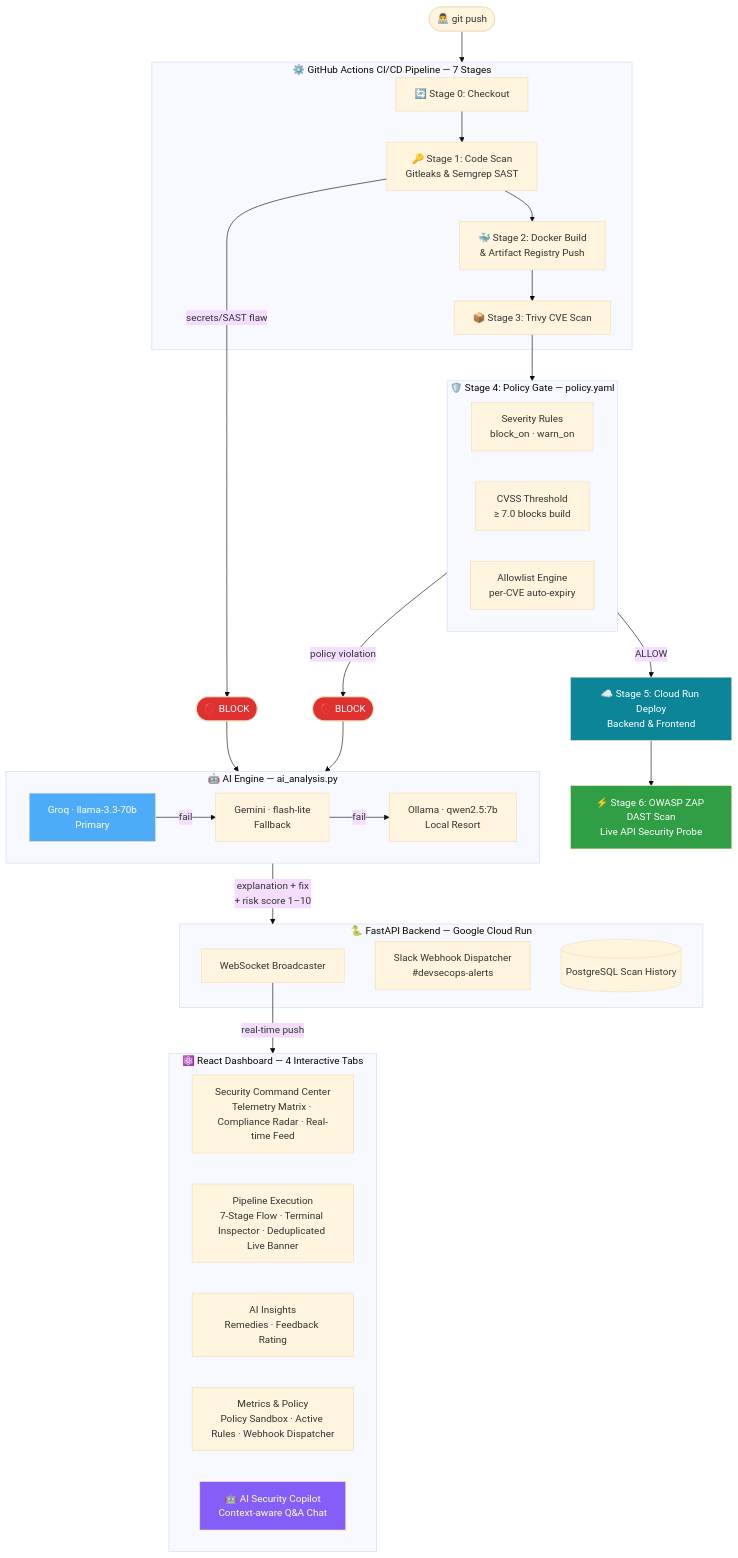
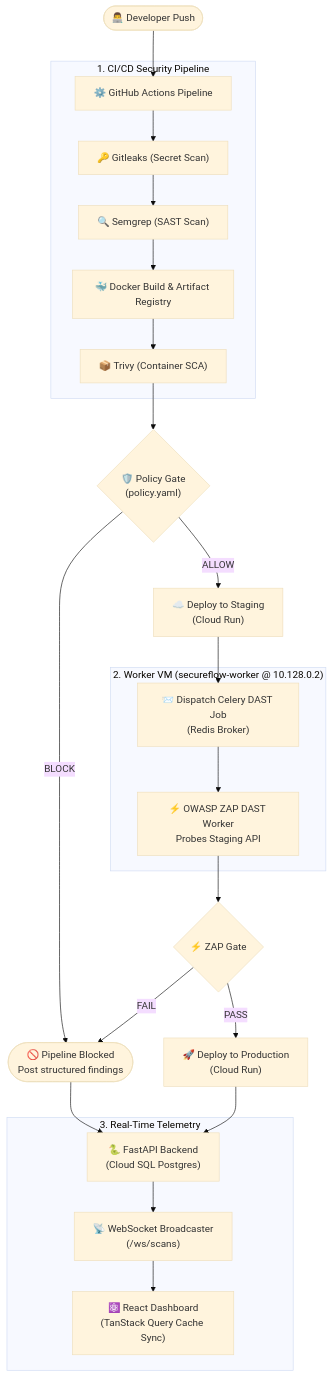
One commit to abhienix/SecureFlow changed the diagram in README.md. Above: the diagram before and after it, drawn with Mermaid (base theme). The commit also changed other lines of this file, not shown here.

Commit message:
docs(readme): add professional interview-ready README.md [deploy]

````diff
--- a/README.md
+++ b/README.md
@@ -51,60 +50,33 @@
 ```mermaid
-graph TB
-    DEV([👨‍💻 git push]) --> GHA
+flowchart TD
+    DEV(["👨‍💻 Developer Push"]) --> GHA["⚙️ GitHub Actions Pipeline"]
 
-    subgraph GHA["⚙️ GitHub Actions CI/CD Pipeline — 7 Stages"]
-        CK[🔄 Stage 0: Checkout]
-        GL[🔑 Stage 1: Code Scan\nGitleaks & Semgrep SAST]
-        DB[🐳 Stage 2: Docker Build\n& Artifact Registry Push]
-        TV[📦 Stage 3: Trivy CVE Scan]
-        CK --> GL --> DB --> TV
+    subgraph CI["1. CI/CD Security Pipeline"]
+        GHA --> GL["🔑 Gitleaks (Secret Scan)"]
+        GL --> SG["🔍 Semgrep (SAST Scan)"]
+        SG --> DB["🐳 Docker Build & Artifact Registry"]
+        DB --> TV["📦 Trivy (Container SCA)"]
     end
 
-    TV --> PG
+    TV --> POL{"🛡️ Policy Gate\n(policy.yaml)"}
+    
+    POL -->|BLOCK| FAIL(["🚫 Pipeline Blocked\nPost structured findings"])
+    POL -->|ALLOW| STG["☁️ Deploy to Staging\n(Cloud Run)"]
 
-    subgraph PG["🛡️ Stage 4: Policy Gate — policy.yaml"]
-        SEV[Severity Rules\nblock_on · warn_on]
-        CV[CVSS Threshold\n≥ 7.0 blocks build]
-        AL[Allowlist Engine\nper-CVE auto-expiry]
+    STG --> CEL["📨 Dispatch Celery DAST Job\n(Redis Broker)"]
+
+    subgraph WORKER["2. Worker VM (secureflow-worker @ 10.128.0.2)"]
+        CEL --> ZAP["⚡ OWASP ZAP DAST Worker\nProbes Staging API"]
     end
 
-    GL -->|secrets/SAST flaw| BLK1([🚫 BLOCK])
-    PG -->|policy violation| BLK2([🚫 BLOCK])
+    ZAP --> GATE{"⚡ ZAP Gate"}
+    GATE -->|FAIL| FAIL
+    GATE -->|PASS| PROD["🚀 Deploy to Production\n(Cloud Run)"]
 
-    PG -->|ALLOW| CR[☁️ Stage 5: Cloud Run Deploy\nBackend & Frontend]
-    CR --> ZAP[⚡ Stage 6: OWASP ZAP DAST Scan\nLive API Security Probe]
+    FAIL & PROD --> BE["🐍 FastAPI Backend\n(Cloud SQL Postgres)"]
 
-    BLK1 & BLK2 --> AI
-
-    subgraph AI["🤖 AI Engine — ai_analysis.py"]
-        GR[Groq · llama-3.3-70b\nPrimary]
-        GM[Gemini · flash-lite\nFallback]
-        OL[Ollama · qwen2.5:7b\nLocal Resort]
-        GR -->|fail| GM -->|fail| OL
+    subgraph RT["3. Real-Time Telemetry"]
+        BE --> WS["📡 WebSocket Broadcaster\n(/ws/scans)"]
+        WS --> UI["⚛️ React Dashboard\n(TanStack Query Cache Sync)"]
     end
-
-    AI -->|explanation + fix\n+ risk score 1–10| BE
-
-    subgraph BE["🐍 FastAPI Backend — Google Cloud Run"]
-        WS[WebSocket Broadcaster]
-        SLK[Slack Webhook Dispatcher\n#devsecops-alerts]
-        DB_PG[(PostgreSQL Scan History)]
-    end
-
-    WS -->|real-time push| DASH
-
-    subgraph DASH["⚛️ React Dashboard — 4 Interactive Tabs"]
-        OV[Security Command Center\nTelemetry Matrix · Compliance Radar · Real-time Feed]
-        PL[Pipeline Execution\n7-Stage Flow · Terminal Inspector · Deduplicated Live Banner]
-        INS[AI Insights\nRemedies · Feedback Rating]
-        MT[Metrics & Policy\nPolicy Sandbox · Active Rules · Webhook Dispatcher]
-        COP[🤖 AI Security Copilot\nContext-aware Q&A Chat]
-    end
-
-    style BLK1 fill:#e03131,color:#fff
-    style BLK2 fill:#e03131,color:#fff
-    style CR   fill:#0c8599,color:#fff
-    style ZAP  fill:#2f9e44,color:#fff
-    style GR   fill:#4dabf7,color:#fff
-    style COP  fill:#845ef7,color:#fff
 ```
````
